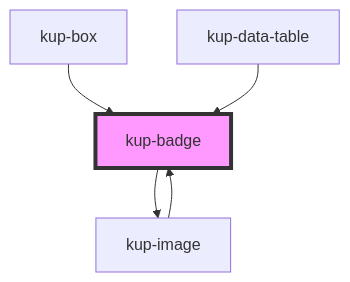
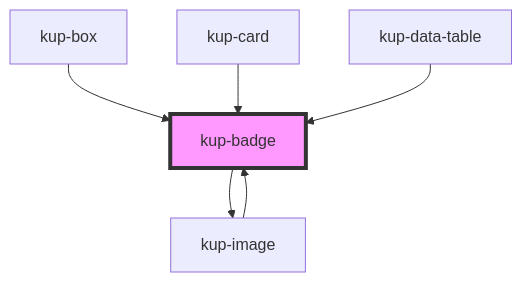
Before and after one commit to smeup/ketchup: the diagram in packages/ketchup/src/components/kup-badge/readme.md, drawn with Mermaid. The commit also changed other lines of this file and 17 other files, not shown here.

````diff
--- a/packages/ketchup/src/components/kup-badge/readme.md
+++ b/packages/ketchup/src/components/kup-badge/readme.md
@@ -48,8 +49,9 @@
 ```mermaid
 graph TD;
   kup-badge --> kup-image
   kup-image --> kup-badge
   kup-box --> kup-badge
+  kup-card --> kup-badge
   kup-data-table --> kup-badge
   style kup-badge fill:#f9f,stroke:#333,stroke-width:4px
 ```
````
